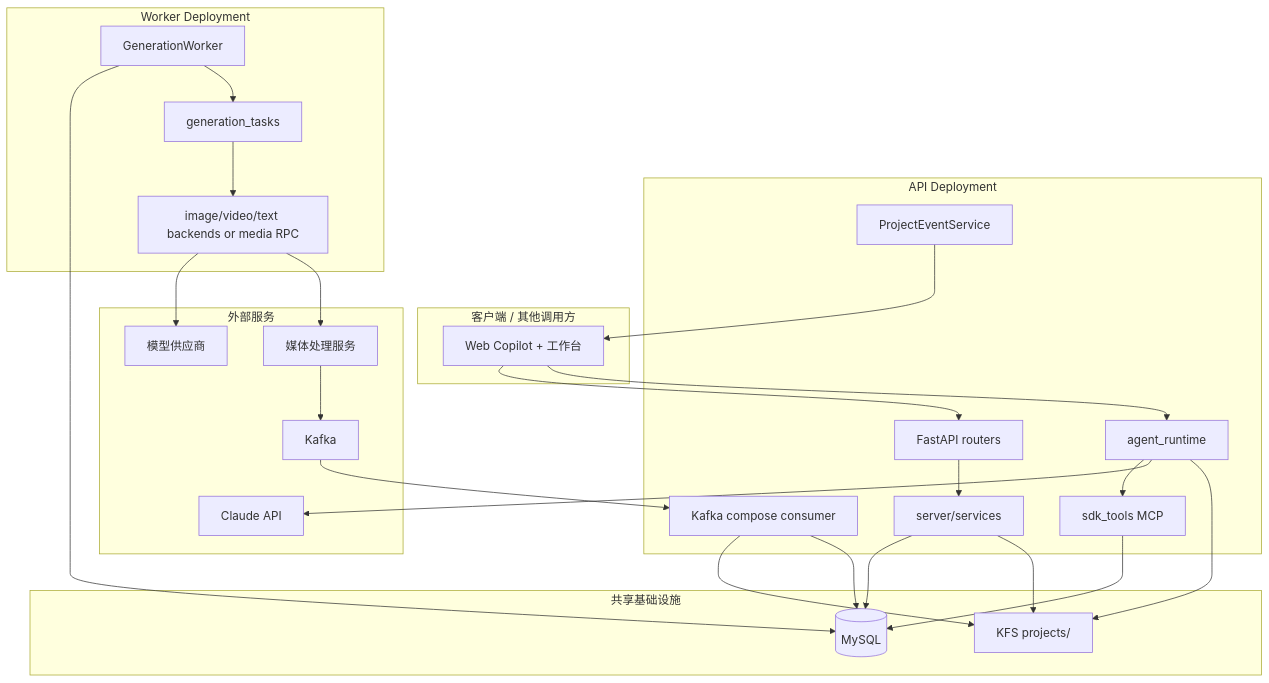
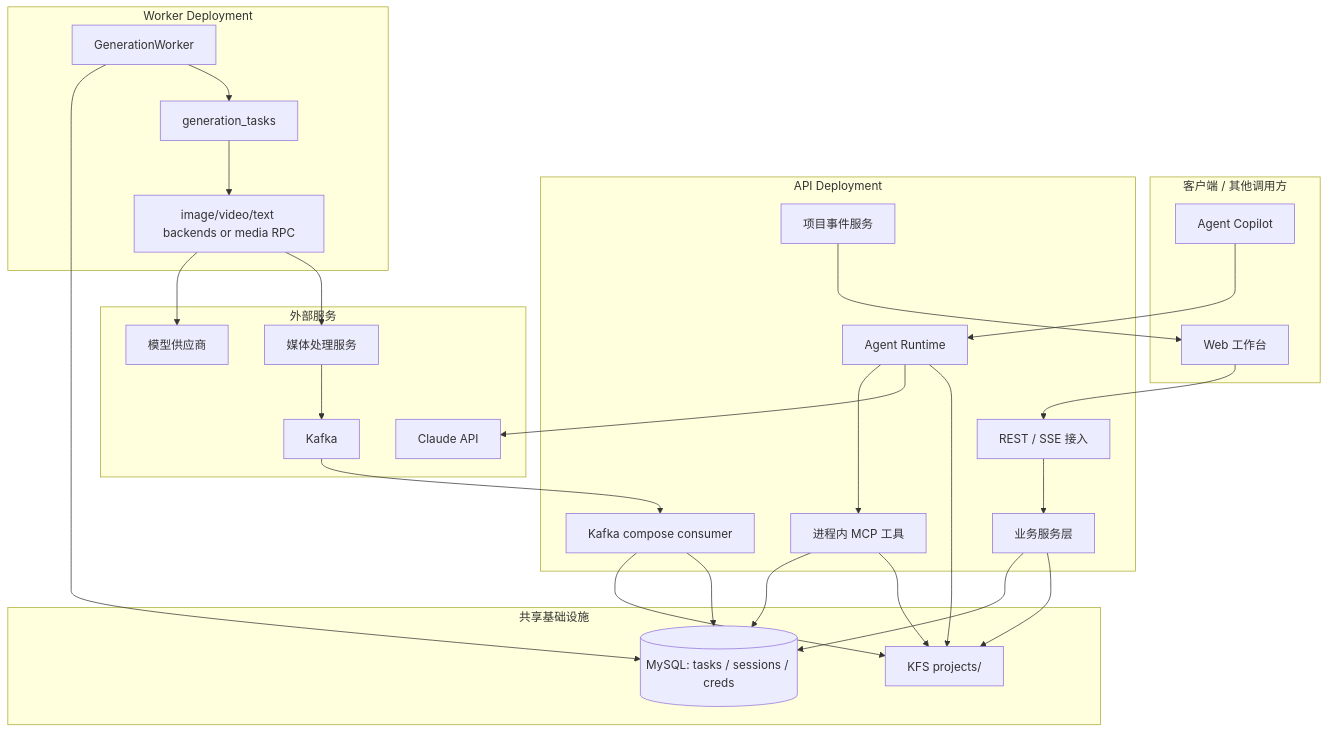
Before and after one commit to monkeydbobo/video-agent-runtime: the first of 8 diagrams in docs/arch/cybercut-agentic-technical-proposal.md, drawn with Mermaid. The commit also changed other lines of this file, not shown here.

First line of the commit message:
docs: expand Cybercut proposal with MCP, KFS duties, SQL ER

````diff
--- a/docs/arch/cybercut-agentic-technical-proposal.md
+++ b/docs/arch/cybercut-agentic-technical-proposal.md
@@ -114,53 +423,55 @@
 ```mermaid
 flowchart TB
   subgraph Client["客户端 / 其他调用方"]
-    FE["Web Copilot + 工作台"]
+    FE["Web 工作台"]
+    Copilot["Agent Copilot"]
   end
 
   subgraph API["API Deployment"]
-    Router["FastAPI routers"]
-    Service["server/services"]
-    Agent["agent_runtime"]
-    MCP["sdk_tools MCP"]
-    Events["ProjectEventService"]
+    Router["REST / SSE 接入"]
+    Service["业务服务层"]
+    Agent["Agent Runtime"]
+    MCP["进程内 MCP 工具"]
+    Events["项目事件服务"]
     Consumer["Kafka compose consumer"]
   end
 
   subgraph Worker["Worker Deployment"]
     GW["GenerationWorker"]
     Tasks["generation_tasks"]
     Backends["image/video/text backends or media RPC"]
   end
 
   subgraph Shared["共享基础设施"]
-    DB[("MySQL")]
+    DB[("MySQL: tasks / sessions / creds")]
     KFS["KFS projects/"]
   end
 
   subgraph External["外部服务"]
     Claude["Claude API"]
     Provider["模型供应商"]
     Media["媒体处理服务"]
     Kafka["Kafka"]
   end
 
   FE --> Router
-  FE --> Agent
+  Copilot --> Agent
   Router --> Service
   Service --> DB
   Service --> KFS
   Agent --> MCP
   Agent --> Claude
   Agent --> KFS
   MCP --> DB
+  MCP --> KFS
   GW --> DB
   GW --> Tasks
   Tasks --> Backends
   Backends --> Provider
   Backends --> Media
   Media --> Kafka
   Kafka --> Consumer
   Consumer --> KFS
   Consumer --> DB
   Events --> FE
 ```
````
